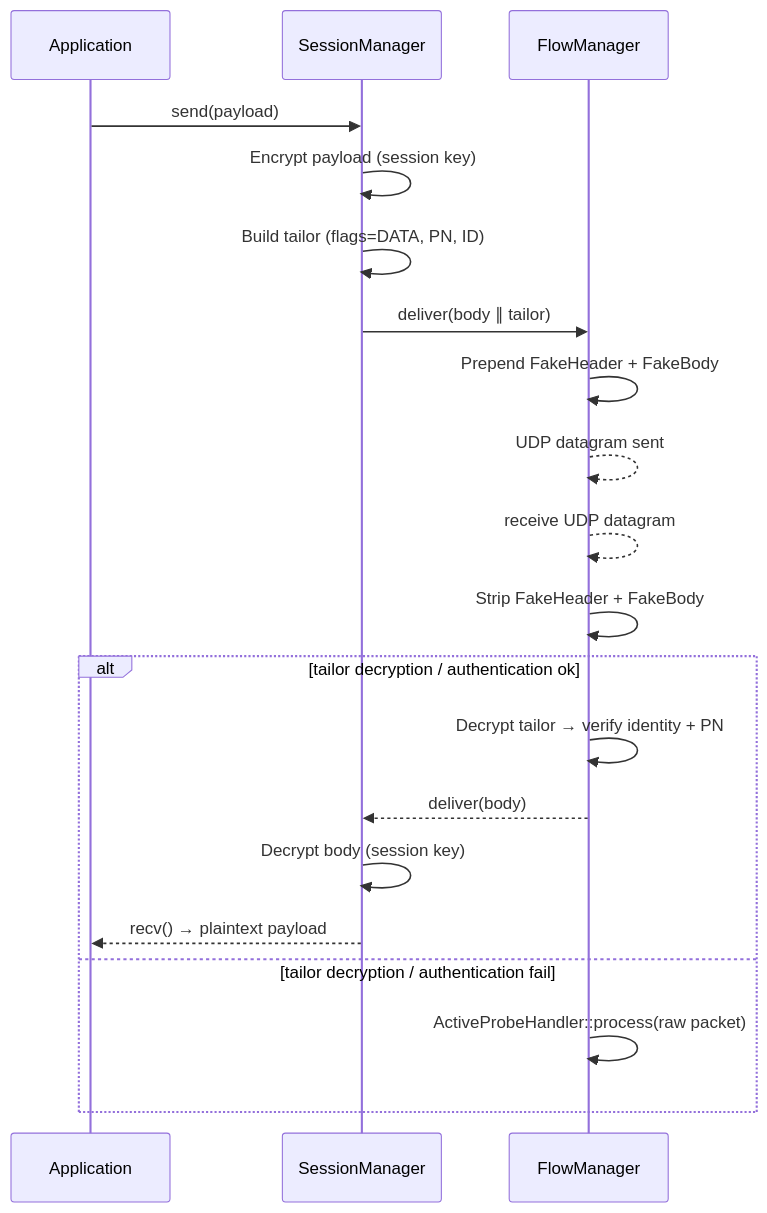
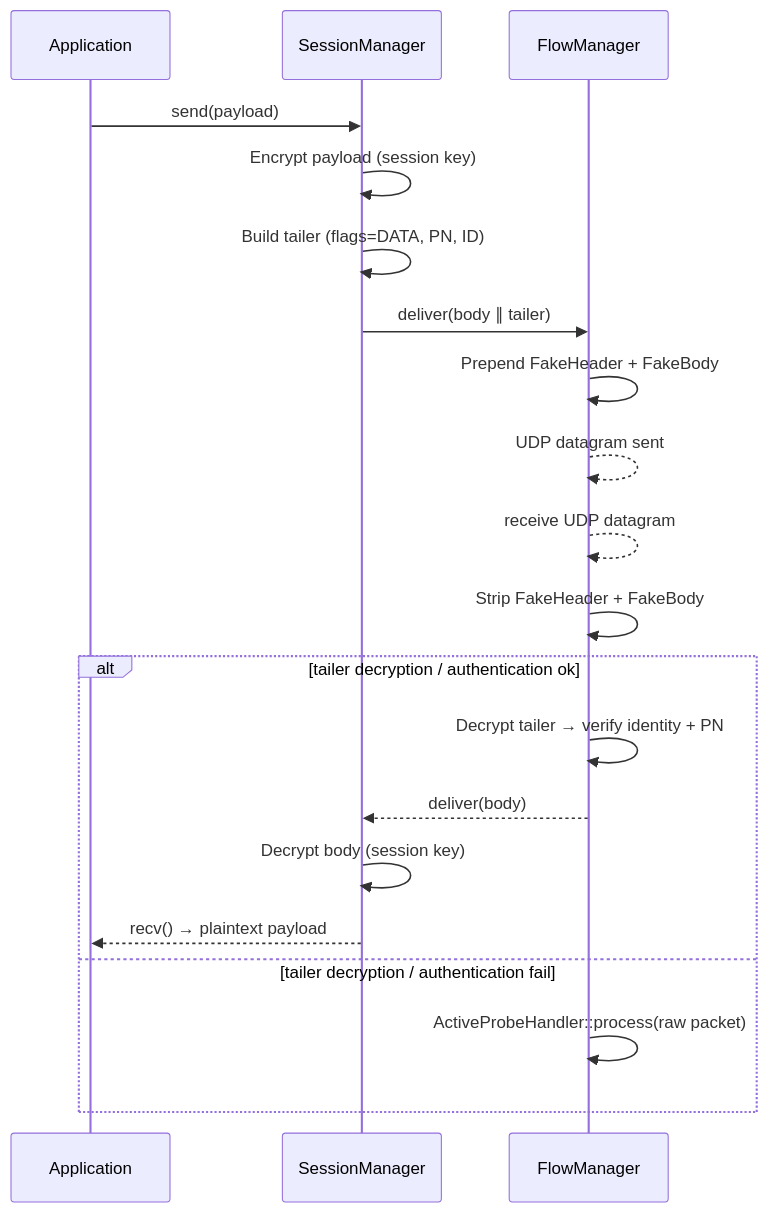
Before and after one commit to pseusys/TYPHOON: the second of 6 diagrams in PROTOCOL.md, drawn with Mermaid. The commit also changed other lines of this file and 51 other files, not shown here.

````diff
--- a/PROTOCOL.md
+++ b/PROTOCOL.md
@@ -229,24 +229,24 @@
 ```mermaid
 sequenceDiagram
     participant App as Application
     participant SM as SessionManager
     participant FM as FlowManager
 
     App->>SM: send(payload)
     SM->>SM: Encrypt payload (session key)
-    SM->>SM: Build tailor (flags=DATA, PN, ID)
-    SM->>FM: deliver(body ∥ tailor)
+    SM->>SM: Build tailer (flags=DATA, PN, ID)
+    SM->>FM: deliver(body ∥ tailer)
     FM->>FM: Prepend FakeHeader + FakeBody
     FM-->>FM: UDP datagram sent
 
     FM-->>FM: receive UDP datagram
     FM->>FM: Strip FakeHeader + FakeBody
-    alt tailor decryption / authentication ok
-        FM->>FM: Decrypt tailor → verify identity + PN
+    alt tailer decryption / authentication ok
+        FM->>FM: Decrypt tailer → verify identity + PN
         FM-->>SM: deliver(body)
         SM->>SM: Decrypt body (session key)
         SM-->>App: recv() → plaintext payload
-    else tailor decryption / authentication fail
+    else tailer decryption / authentication fail
         FM->>FM: ActiveProbeHandler::process(raw packet)
     end
 ```
````
